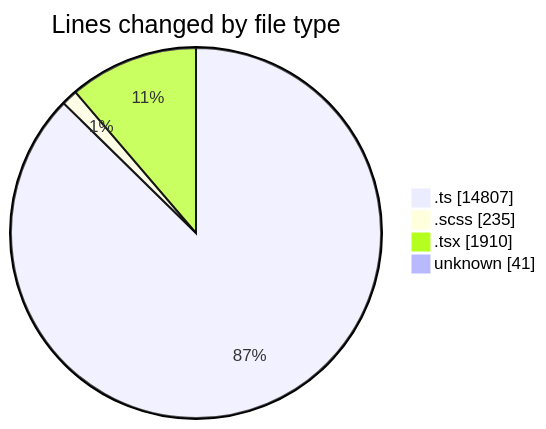
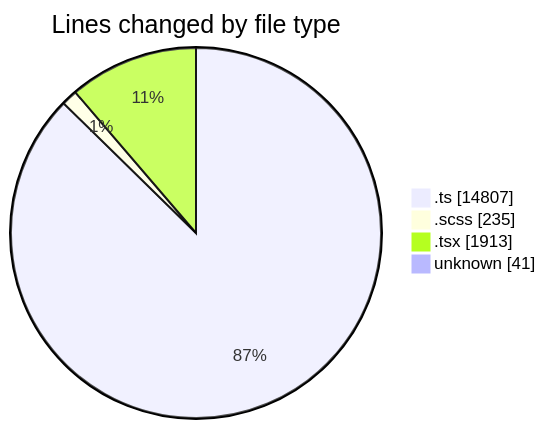
One commit to momahboobian/code-tracking changed the first of 2 diagrams in 2025-08-27/cda/README.md. Above: the diagram before and after it, drawn with Mermaid. The commit also changed other lines of this file and 1 other file, not shown here.

````diff
--- a/2025-08-27/cda/README.md
+++ b/2025-08-27/cda/README.md
@@ -32,8 +32,8 @@
 ```mermaid
 pie showData
 title Lines changed by file type
 ".ts" : 14807
 ".scss" : 235
-".tsx" : 1910
+".tsx" : 1913
 "unknown" : 41
 ```
````
